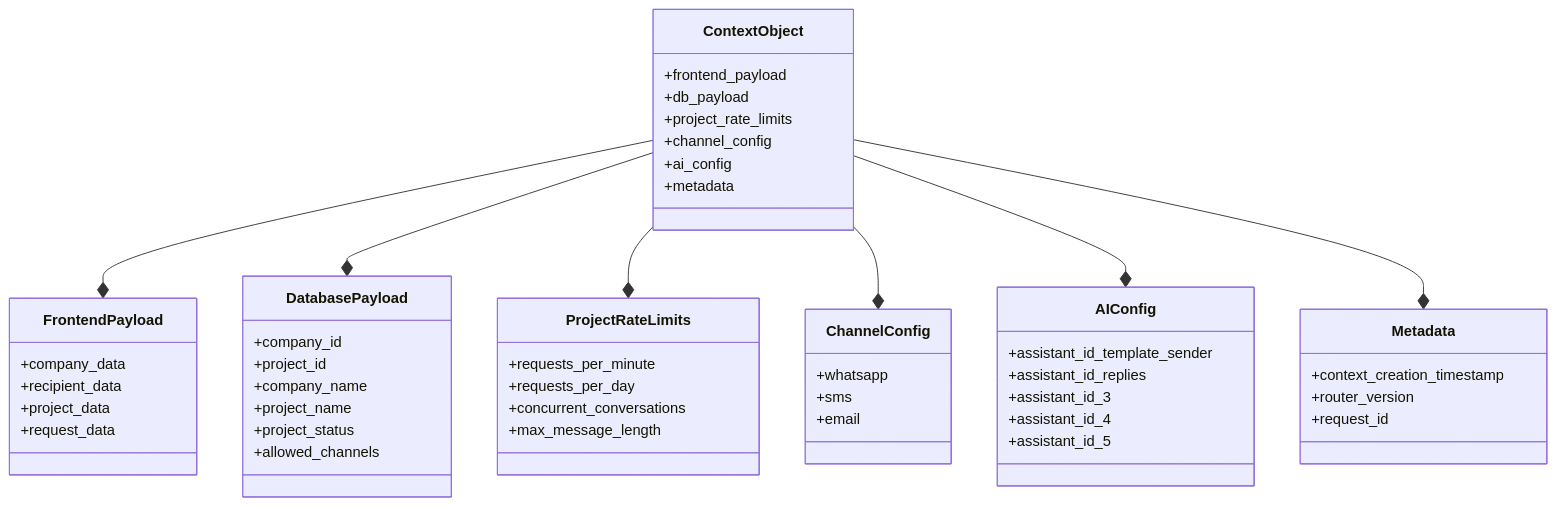
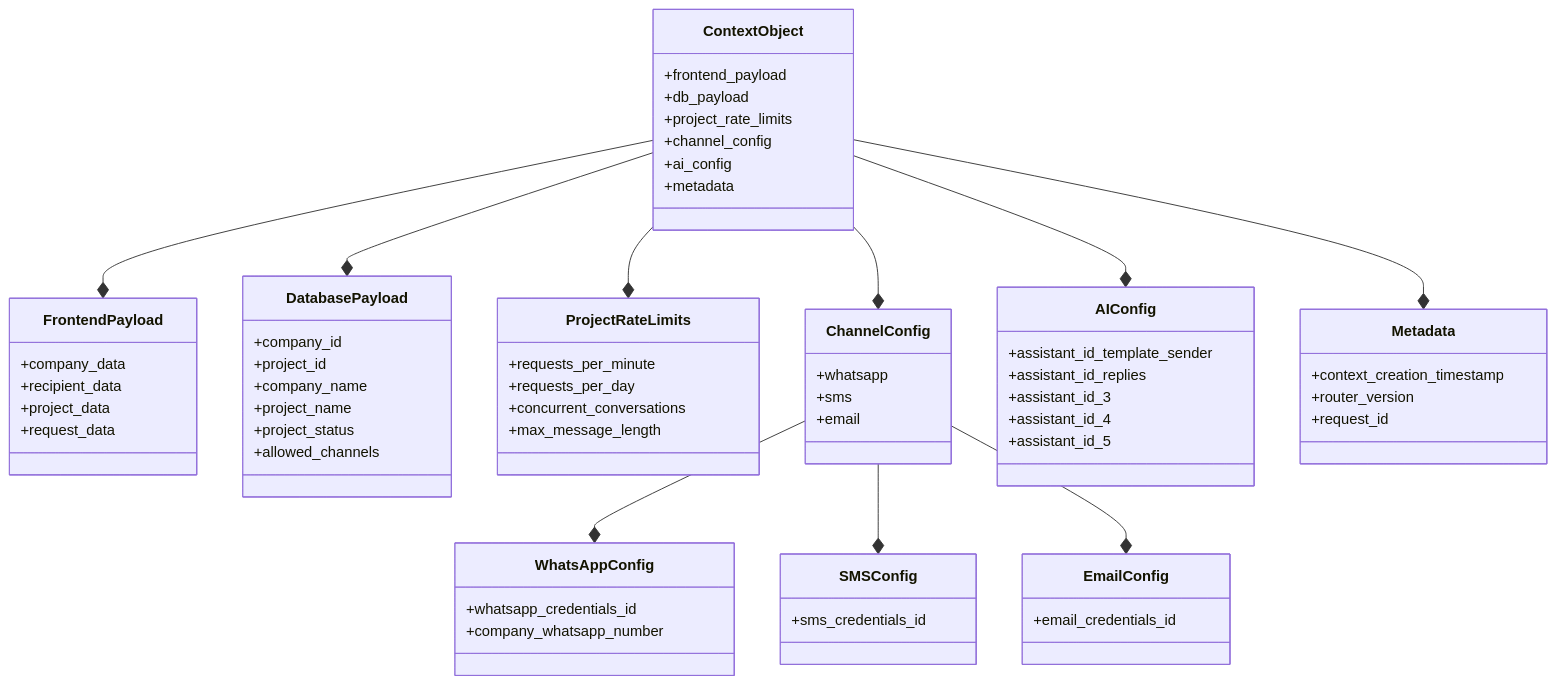
The seventh of 7 diagrams in lld/channel-router/channel-router-diagrams-v1.0.md (junksamiad/template-sender-engine), drawn with Mermaid before and after one commit. The commit also changed 1 other file, not shown here.

Commit message:
Update channel router documentation to include company_whatsapp_number for conversation_id creation

````diff
--- a/lld/channel-router/channel-router-diagrams-v1.0.md
+++ b/lld/channel-router/channel-router-diagrams-v1.0.md
@@ -455,61 +455,77 @@
 ```mermaid
 classDiagram
     class ContextObject {
         +frontend_payload
         +db_payload
         +project_rate_limits
         +channel_config
         +ai_config
         +metadata
     }
     
     class FrontendPayload {
         +company_data
         +recipient_data
         +project_data
         +request_data
     }
     
     class DatabasePayload {
         +company_id
         +project_id
         +company_name
         +project_name
         +project_status
         +allowed_channels
     }
     
     class ProjectRateLimits {
         +requests_per_minute
         +requests_per_day
         +concurrent_conversations
         +max_message_length
     }
     
     class ChannelConfig {
         +whatsapp
         +sms
         +email
     }
     
+    class WhatsAppConfig {
+        +whatsapp_credentials_id
+        +company_whatsapp_number
+    }
+    
+    class SMSConfig {
+        +sms_credentials_id
+    }
+    
+    class EmailConfig {
+        +email_credentials_id
+    }
+    
     class AIConfig {
         +assistant_id_template_sender
         +assistant_id_replies
         +assistant_id_3
         +assistant_id_4
         +assistant_id_5
     }
     
     class Metadata {
         +context_creation_timestamp
         +router_version
         +request_id
     }
     
     ContextObject --* FrontendPayload
     ContextObject --* DatabasePayload
     ContextObject --* ProjectRateLimits
     ContextObject --* ChannelConfig
     ContextObject --* AIConfig
     ContextObject --* Metadata
+    ChannelConfig --* WhatsAppConfig
+    ChannelConfig --* SMSConfig
+    ChannelConfig --* EmailConfig
 ```
````
